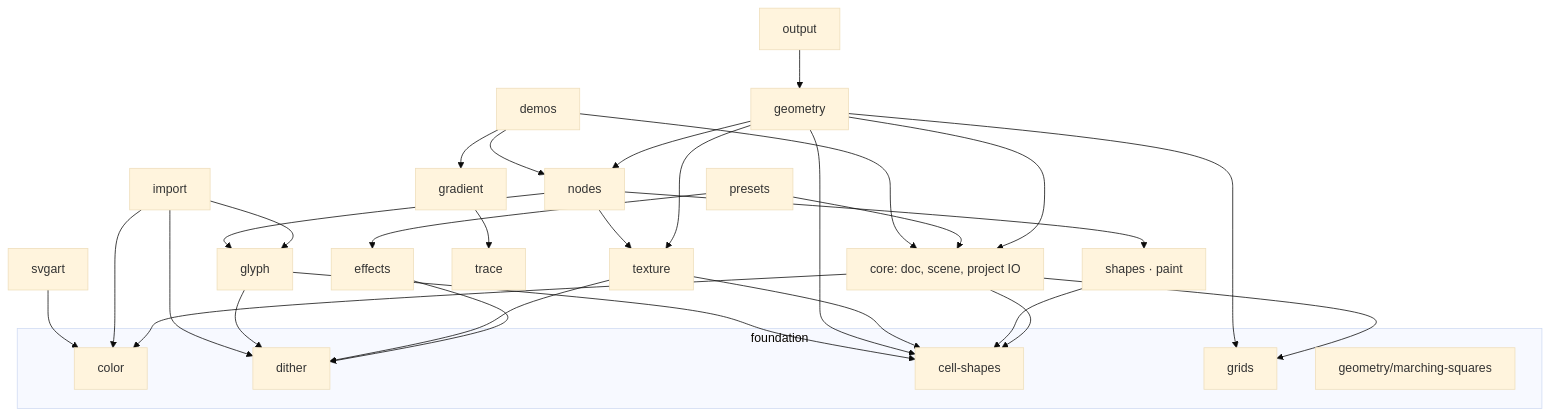
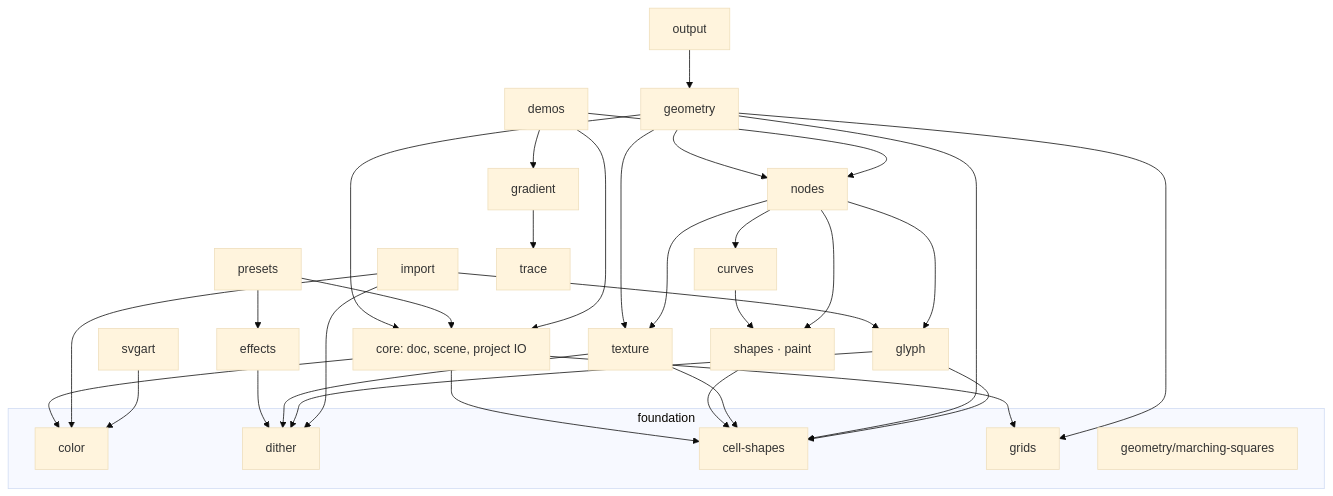
One commit to abc0990cba/art-editor changed the diagram in docs/architecture/engine-map.md. Above: the diagram before and after it, drawn with Mermaid (base theme). The commit also changed other lines of this file and 37 other files, not shown here.

````diff
--- a/docs/architecture/engine-map.md
+++ b/docs/architecture/engine-map.md
@@ -45,53 +46,56 @@
 ```mermaid
 graph TD
     subgraph foundation
         color[color]
         dither[dither]
         cellshapes[cell-shapes]
         grids[grids]
         marching[geometry/marching-squares]
     end
     core[core: doc, scene, project IO]
     cells[shapes · paint]
+    curves[curves]
     effects[effects]
     tex[texture]
     geom[geometry]
     glyph[glyph]
     imp[import]
     output[output]
     presets[presets]
     nodes[nodes]
     gradient[gradient]
     trace[trace]
     svgart[svgart]
     demos[demos]
 
     core --> color
     core --> grids
     core --> cellshapes
     cells --> cellshapes
+    curves --> cells
     effects --> dither
     tex --> dither
     tex --> cellshapes
     geom --> core
     geom --> cellshapes
     geom --> grids
     geom --> tex
     geom --> nodes
     glyph --> dither
     glyph --> cellshapes
     imp --> glyph
     imp --> dither
     imp --> color
     output --> geom
     presets --> core
     presets --> effects
     nodes --> cells
+    nodes --> curves
     nodes --> tex
     nodes --> glyph
     demos --> core
     demos --> nodes
     gradient --> trace
     demos --> gradient
     svgart --> color
 ```
````
